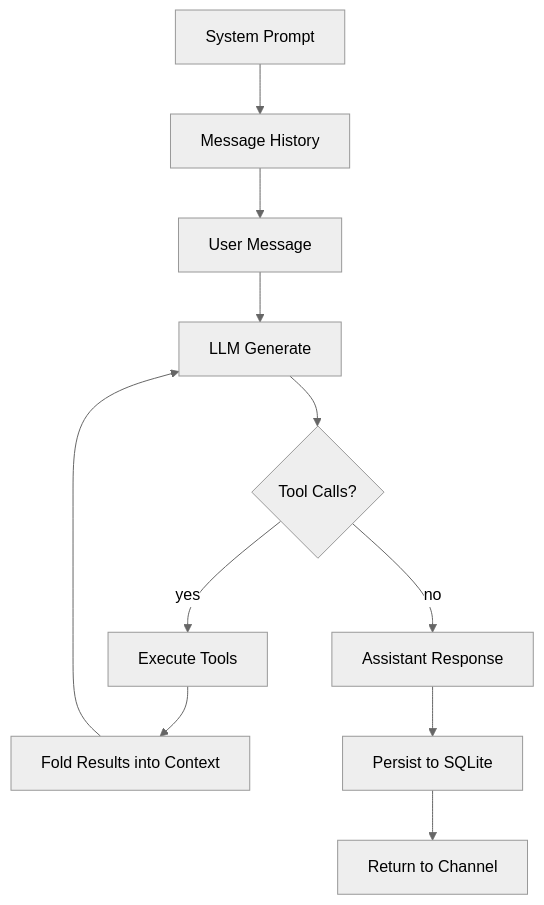
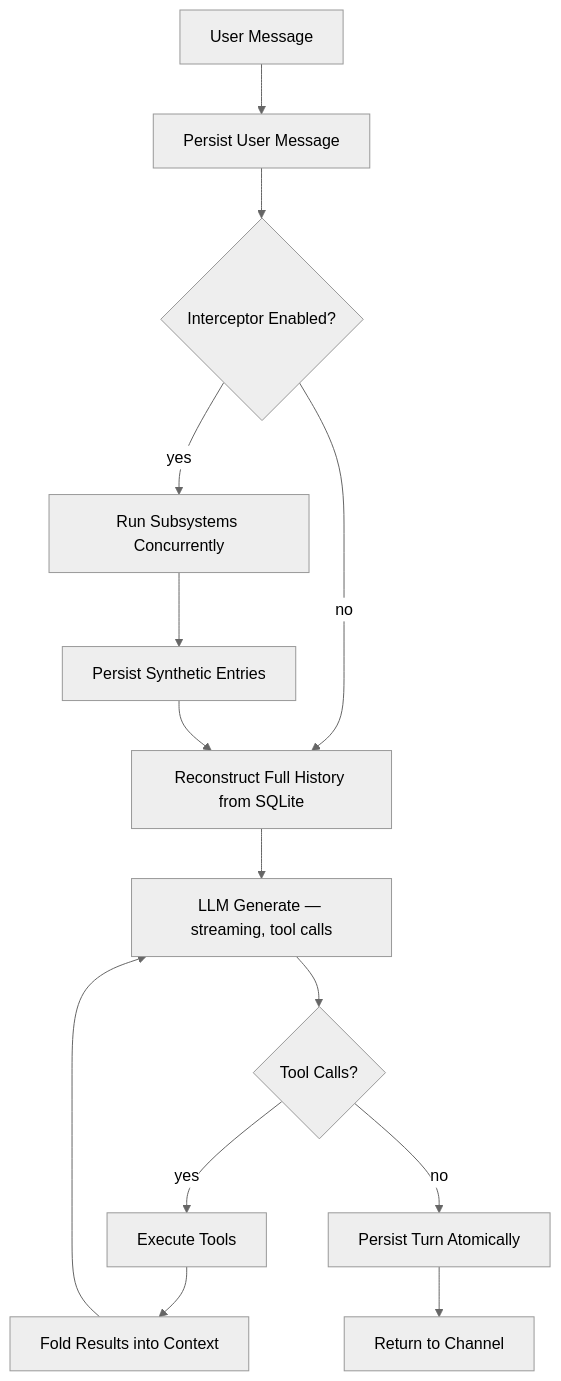
The diagram in v0/docs/HARNESS.md (Anonyfox/ghostpaw), drawn with Mermaid (neutral theme) before and after one commit. The commit also changed other lines of this file and 40 other files, not shown here.

````diff
--- a/v0/docs/HARNESS.md
+++ b/v0/docs/HARNESS.md
@@ -11,13 +13,16 @@
 ```mermaid
 graph TD
-    A[System Prompt] --> B[Message History]
-    B --> C[User Message]
-    C --> D[LLM Generate]
-    D --> E{Tool Calls?}
-    E -- yes --> F[Execute Tools]
-    F --> G[Fold Results into Context]
-    G --> D
-    E -- no --> H[Assistant Response]
-    H --> I[Persist to SQLite]
-    I --> J[Return to Channel]
+    A[User Message] --> B[Persist User Message]
+    B --> C{Interceptor Enabled?}
+    C -- no --> F
+    C -- yes --> D[Run Subsystems Concurrently]
+    D --> E[Persist Synthetic Entries]
+    E --> F[Reconstruct Full History from SQLite]
+    F --> G[LLM Generate — streaming, tool calls]
+    G --> H{Tool Calls?}
+    H -- yes --> I[Execute Tools]
+    I --> J[Fold Results into Context]
+    J --> G
+    H -- no --> K[Persist Turn Atomically]
+    K --> L[Return to Channel]
 ```
````
